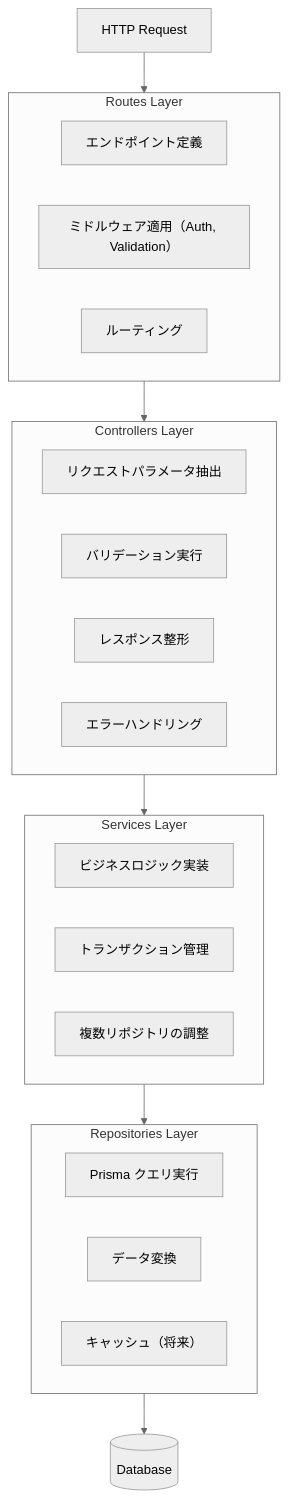
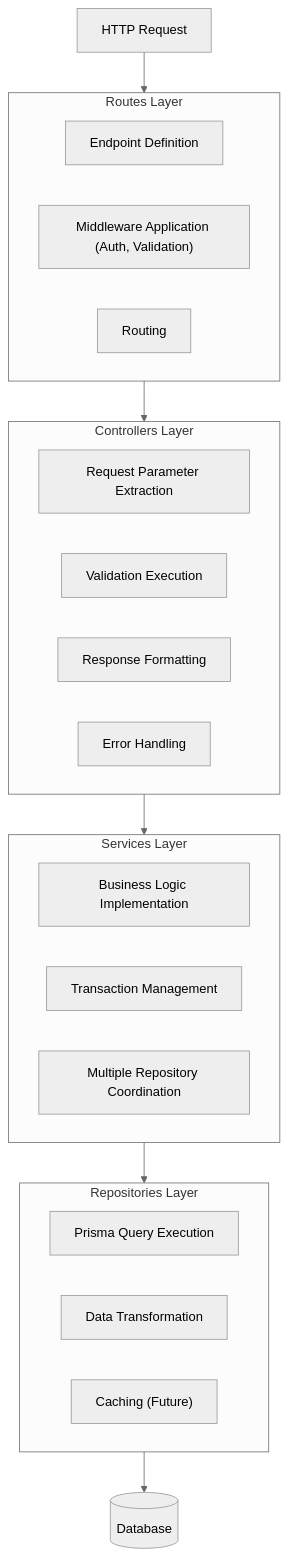
The second of 6 diagrams in docs/Architecture.md (serithemage/claude-code-demo), drawn with Mermaid (neutral theme) before and after one commit. The commit also changed other lines of this file and 61 other files, not shown here.

````diff
--- a/docs/Architecture.md
+++ b/docs/Architecture.md
@@ -53,33 +53,33 @@
 ```mermaid
 flowchart TB
     Request[HTTP Request]
 
     subgraph Routes["Routes Layer"]
-        R1["エンドポイント定義"]
-        R2["ミドルウェア適用（Auth, Validation）"]
-        R3["ルーティング"]
+        R1["Endpoint Definition"]
+        R2["Middleware Application (Auth, Validation)"]
+        R3["Routing"]
     end
 
     subgraph Controllers["Controllers Layer"]
-        C1["リクエストパラメータ抽出"]
-        C2["バリデーション実行"]
-        C3["レスポンス整形"]
-        C4["エラーハンドリング"]
+        C1["Request Parameter Extraction"]
+        C2["Validation Execution"]
+        C3["Response Formatting"]
+        C4["Error Handling"]
     end
 
     subgraph Services["Services Layer"]
-        S1["ビジネスロジック実装"]
-        S2["トランザクション管理"]
-        S3["複数リポジトリの調整"]
+        S1["Business Logic Implementation"]
+        S2["Transaction Management"]
+        S3["Multiple Repository Coordination"]
     end
 
     subgraph Repositories["Repositories Layer"]
-        Repo1["Prisma クエリ実行"]
-        Repo2["データ変換"]
-        Repo3["キャッシュ（将来）"]
+        Repo1["Prisma Query Execution"]
+        Repo2["Data Transformation"]
+        Repo3["Caching (Future)"]
     end
 
     DB[(Database)]
 
     Request --> Routes --> Controllers --> Services --> Repositories --> DB
 ```
````
